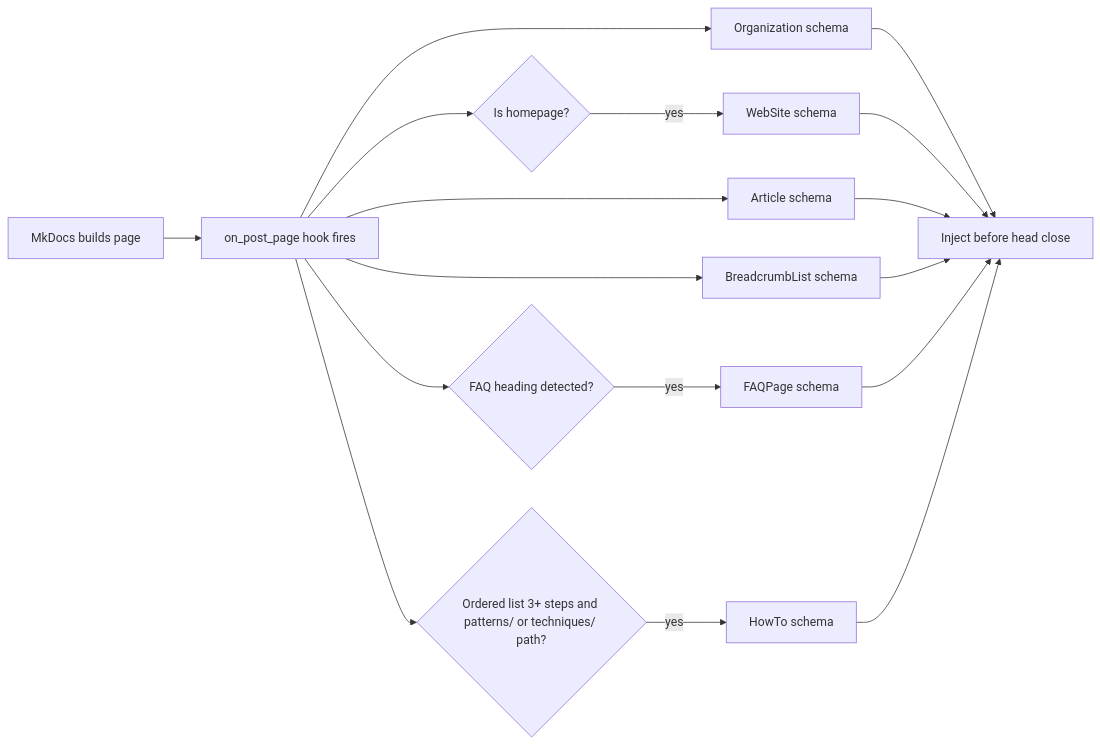
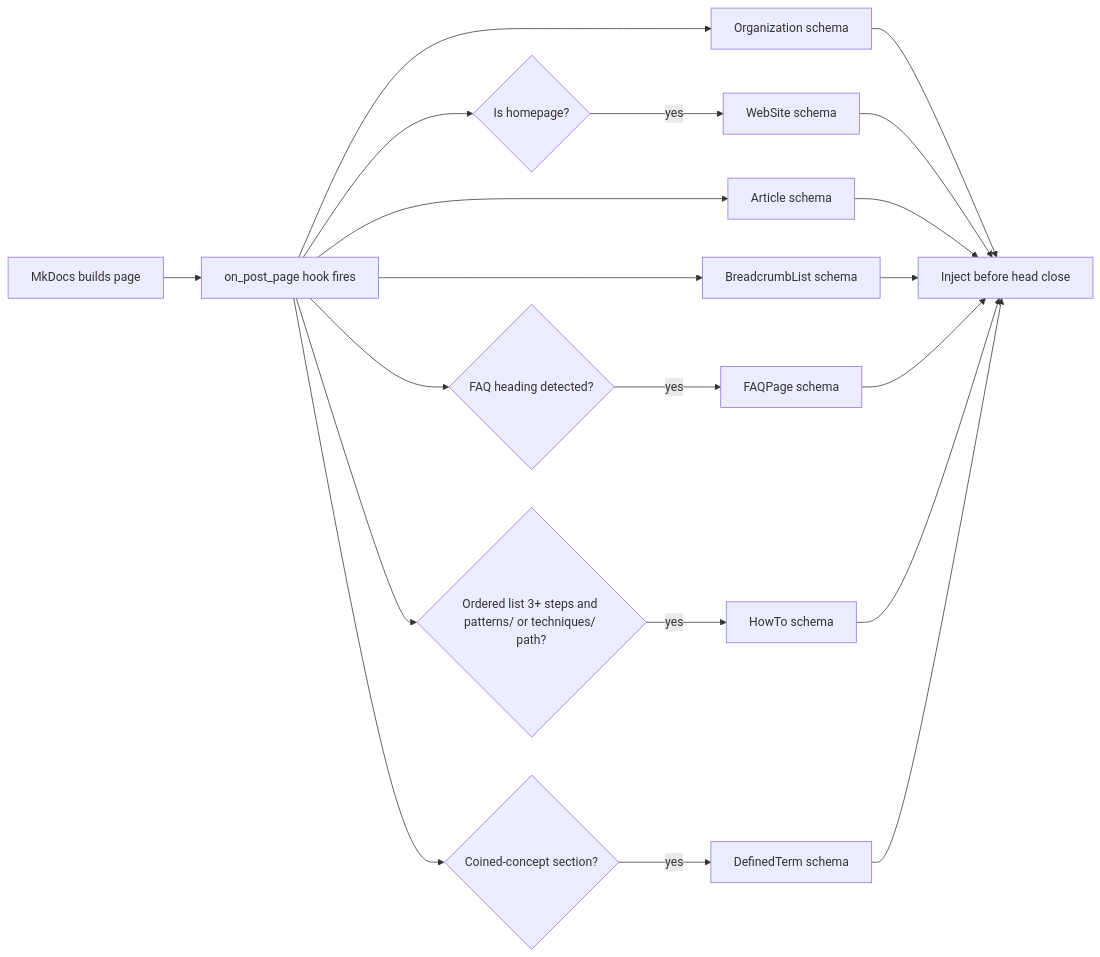
The diagram in geo/schema-and-structured-data.md (agentpatterns-ai/website), drawn with Mermaid before and after one commit. The commit also changed other lines of this file and 682 other files, not shown here.

````diff
--- a/geo/schema-and-structured-data.md
+++ b/geo/schema-and-structured-data.md
@@ -103,14 +106,16 @@
 ```mermaid
 graph LR
     A[MkDocs builds page] --> B[on_post_page hook fires]
     B --> C[Organization schema]
     B --> D{Is homepage?}
     D -- yes --> E[WebSite schema]
     B --> F[Article schema]
     B --> G[BreadcrumbList schema]
     B --> H{FAQ heading detected?}
     H -- yes --> I[FAQPage schema]
     B --> J{Ordered list 3+ steps and patterns/ or techniques/ path?}
     J -- yes --> K[HowTo schema]
-    C & E & F & G & I & K --> L[Inject before head close]
+    B --> M{Coined-concept section?}
+    M -- yes --> N[DefinedTerm schema]
+    C & E & F & G & I & K & N --> L[Inject before head close]
 ```
````
